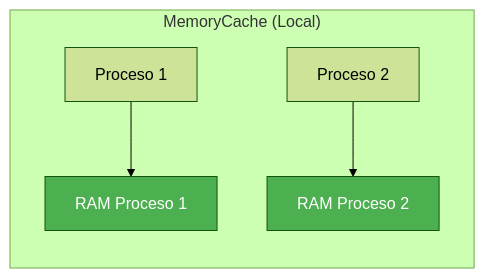
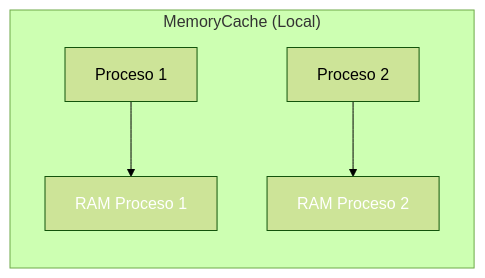
Before and after one commit to joseluisgs/DesarrolloWebEntornosServidor-02-2026-2027: the third of 17 diagrams in 14-cache-redis.md, drawn with Mermaid (forest theme). The commit also changed other lines of this file and 41 other files, not shown here.

````diff
--- a/14-cache-redis.md
+++ b/14-cache-redis.md
@@ -137,9 +137,9 @@
 ```mermaid
 flowchart LR
     subgraph "MemoryCache (Local)"
         P1["Proceso 1"] --> R1["RAM Proceso 1"]
         P2["Proceso 2"] --> R2["RAM Proceso 2"]
     end
-    style R1 fill:#4CAF50,color:#fff
-    style R2 fill:#4CAF50,color:#fff
+    style R1 fill:#4CAF5,color:#fff0,color:#fff
+    style R2 fill:#4CAF5,color:#fff0,color:#fff
 ```
````
